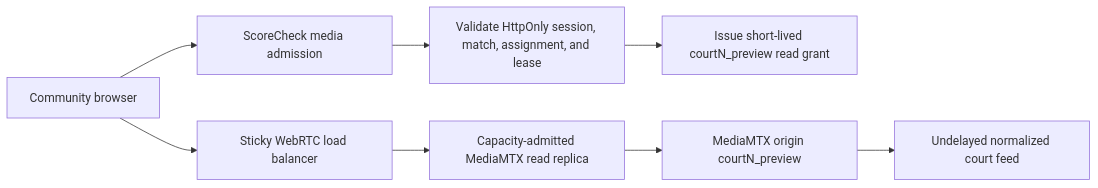
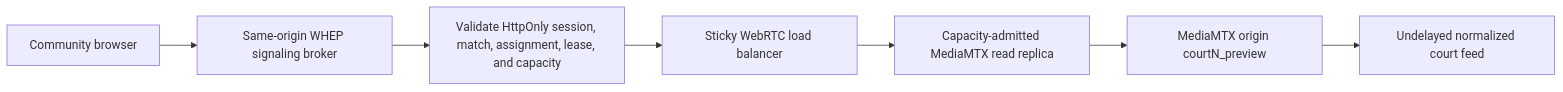
Before and after one commit to nhicks00/ScoreCheck: the diagram in apps/web/docs/community-low-latency-playback-plan.md, drawn with Mermaid. The commit also changed other lines of this file and 87 other files, not shown here.

````diff
--- a/apps/web/docs/community-low-latency-playback-plan.md
+++ b/apps/web/docs/community-low-latency-playback-plan.md
@@ -20,10 +20,9 @@
 ```mermaid
 flowchart LR
-  A["Community browser"] --> B["ScoreCheck media admission"]
-  B --> C["Validate HttpOnly session, match, assignment, and lease"]
-  C --> D["Issue short-lived courtN_preview read grant"]
-  A --> E["Sticky WebRTC load balancer"]
+  A["Community browser"] --> B["Same-origin WHEP signaling broker"]
+  B --> C["Validate HttpOnly session, match, assignment, lease, and capacity"]
+  C --> E["Sticky WebRTC load balancer"]
   E --> F["Capacity-admitted MediaMTX read replica"]
   F --> G["MediaMTX origin courtN_preview"]
   G --> H["Undelayed normalized court feed"]
 ```
````
